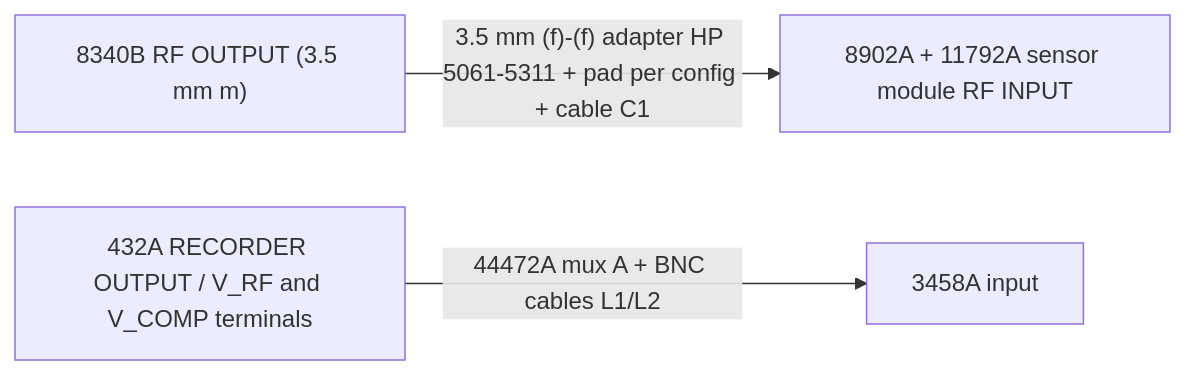
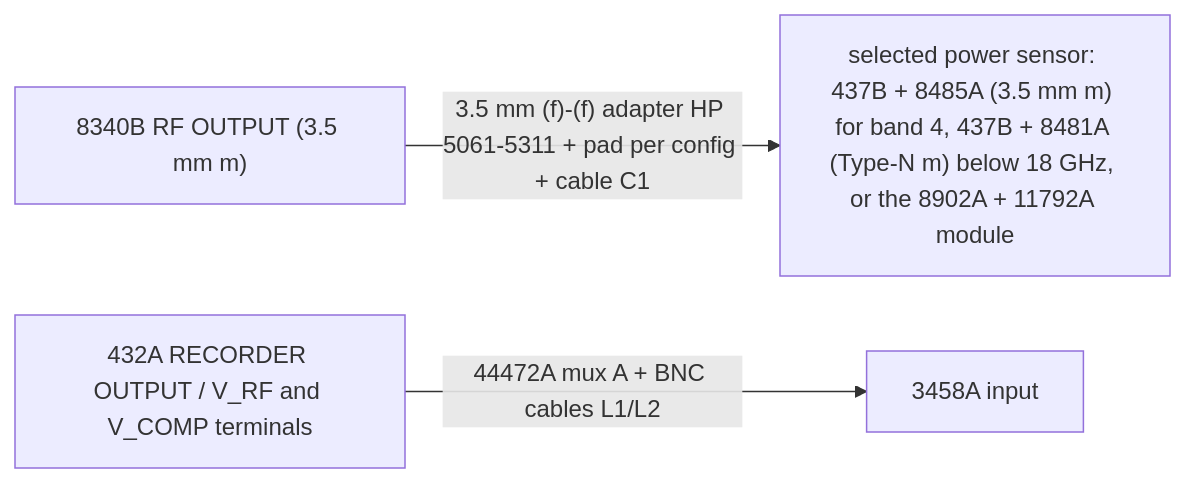
One commit to TGoodhew/HP-8340B-Adjust changed the fourth of 11 diagrams in docs/SETUPS.md. Above: the diagram before and after it, drawn with Mermaid. The commit also changed other lines of this file and 6 other files, not shown here.

````diff
--- a/docs/SETUPS.md
+++ b/docs/SETUPS.md
@@ -170,9 +170,9 @@
 ```mermaid
 flowchart LR
   n8340BRFOUTPUT35mmm["8340B RF OUTPUT (3.5 mm m)"]
-  n8902A11792AsensormoduleR["8902A + 11792A sensor module RF INPUT"]
-  n8340BRFOUTPUT35mmm -- "3.5 mm (f)-(f) adapter HP 5061-5311 + pad per config + cable C1" --> n8902A11792AsensormoduleR
+  nselectedpowersensor437B8["selected power sensor: 437B + 8485A (3.5 mm m) for band 4, 437B + 8481A (Type-N m) below 18 GHz, or the 8902A + 11792A module"]
+  n8340BRFOUTPUT35mmm -- "3.5 mm (f)-(f) adapter HP 5061-5311 + pad per config + cable C1" --> nselectedpowersensor437B8
   n432ARECORDEROUTPUTVRFand["432A RECORDER OUTPUT / V_RF and V_COMP terminals"]
   n3458Ainput["3458A input"]
   n432ARECORDEROUTPUTVRFand -- "44472A mux A + BNC cables L1/L2" --> n3458Ainput
 ```
````
